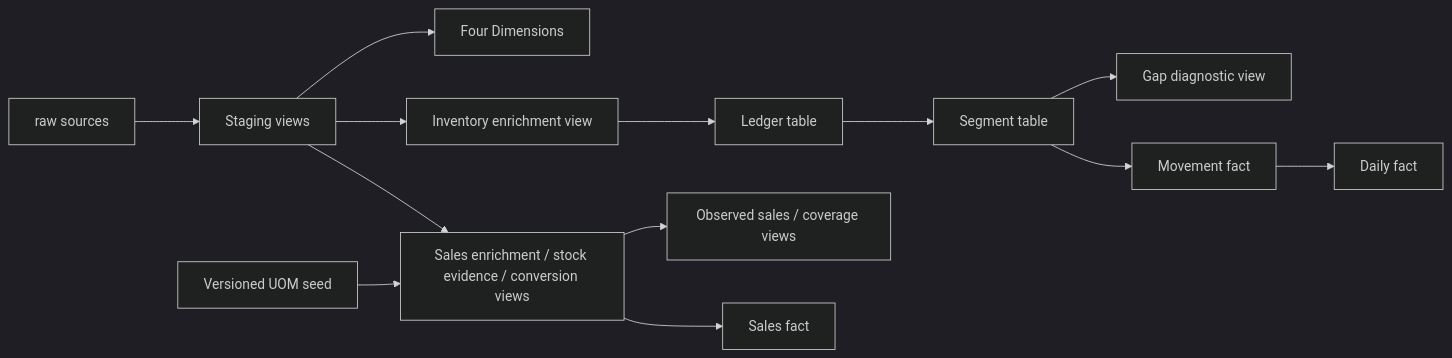
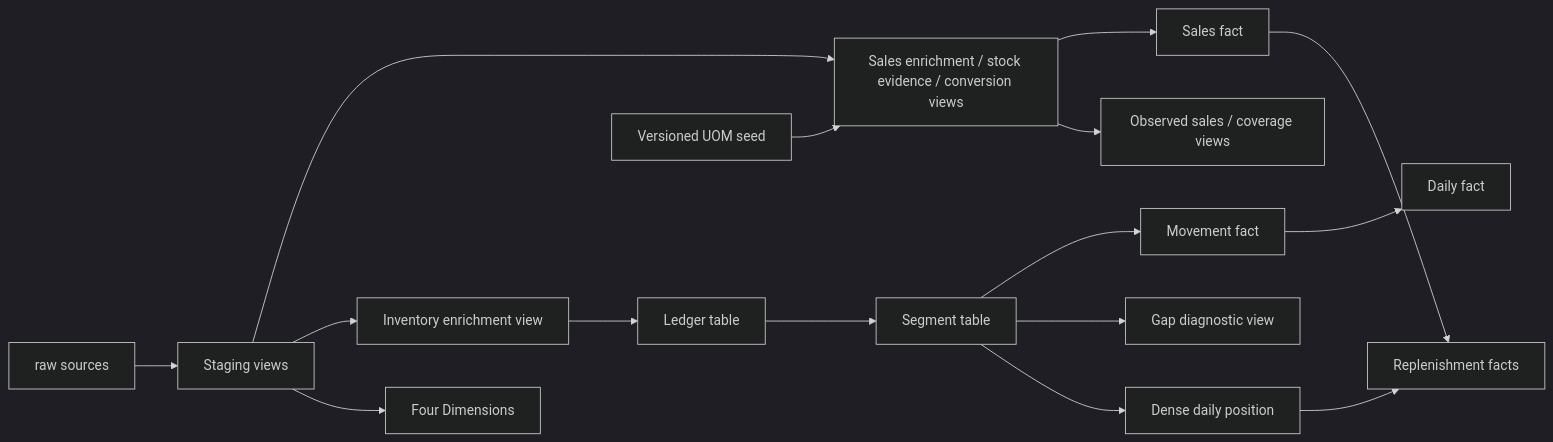
Before and after one commit to ducklemon596/inventory-dw-dss: the diagram in transform/dbt/README.md, drawn with Mermaid (dark theme). The commit also changed other lines of this file and 23 other files, not shown here.

````diff
--- a/transform/dbt/README.md
+++ b/transform/dbt/README.md
@@ -16,11 +16,13 @@
 ```mermaid
 flowchart LR
     RAW[raw sources] --> ST[Staging views]
     ST --> SALES[Sales enrichment / stock evidence / conversion views]
     ST --> INV[Inventory enrichment view]
     INV --> LED[Ledger table] --> SEG[Segment table] --> MF[Movement fact] --> DF[Daily fact]
     ST --> DIM[Four Dimensions]
     SEED[Versioned UOM seed] --> SALES --> SF[Sales fact]
     SALES --> COVERAGE[Observed sales / coverage views]
     SEG --> DIAG[Gap diagnostic view]
+    SEG --> POS[Dense daily position] --> RP[Replenishment facts]
+    SF --> RP
 ```
````
